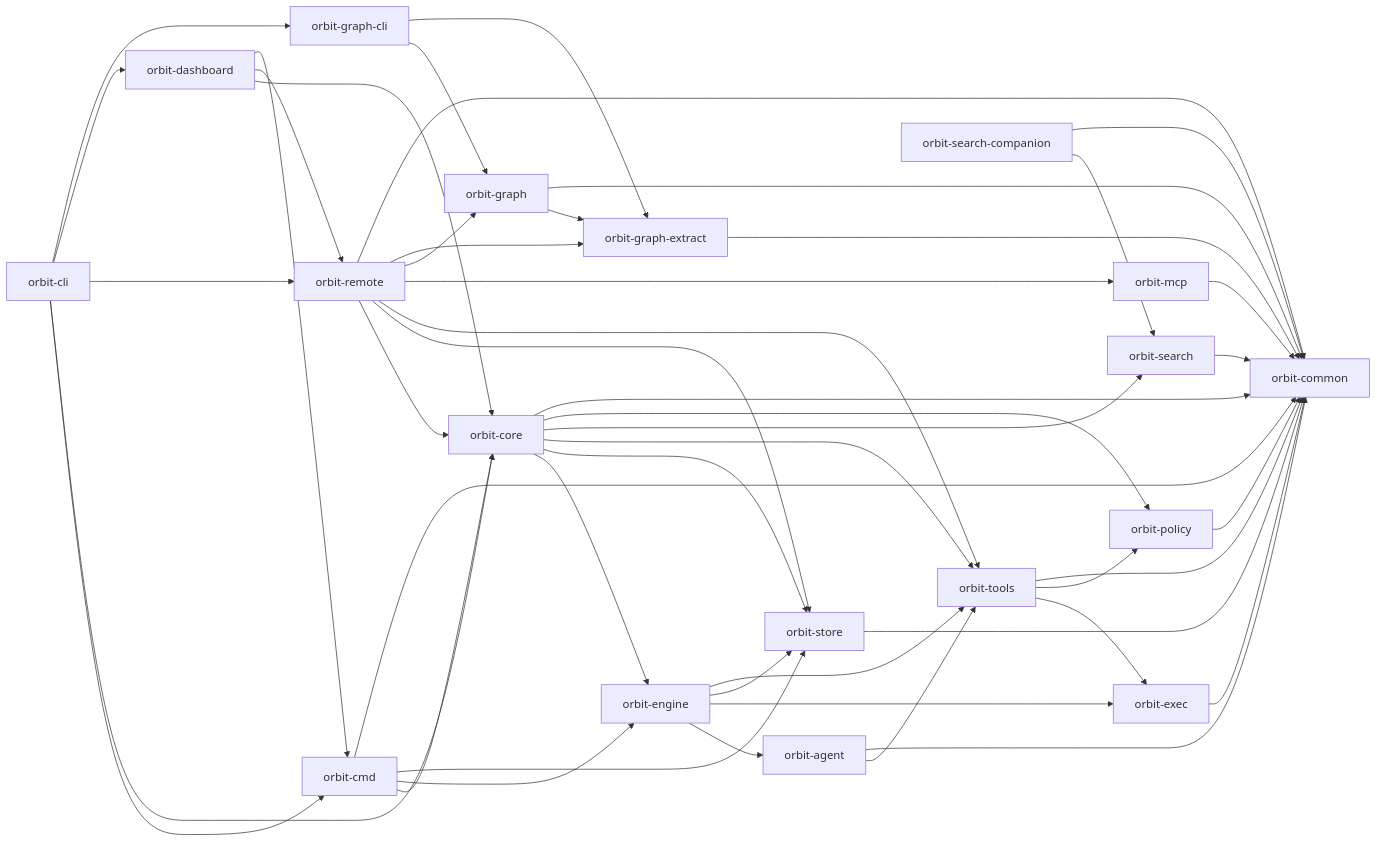
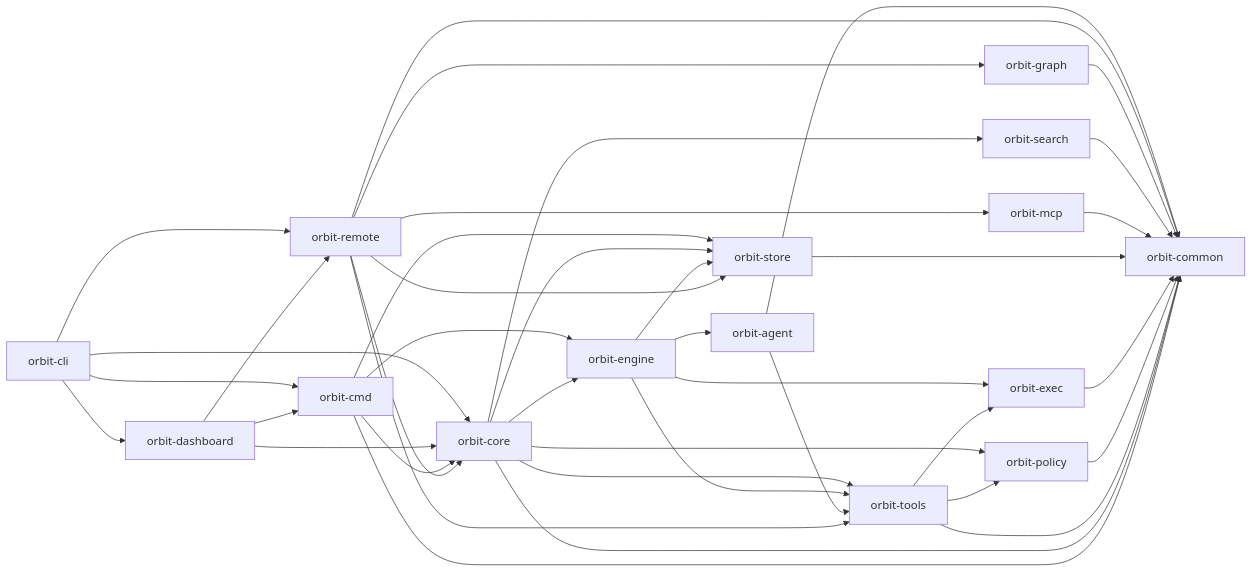
Before and after one commit to danieljhkim/orbit: the diagram in website/src/content/docs/architecture/index.md, drawn with Mermaid. The commit also changed other lines of this file and 163 other files, not shown here.

First line of the commit message:
refactor: Consolidate the graph island into orbit-graph and remove the … [ORB-10357]

````diff
--- a/website/src/content/docs/architecture/index.md
+++ b/website/src/content/docs/architecture/index.md
@@ -12,49 +12,41 @@
 ```mermaid
 flowchart LR
   CLI["orbit-cli"] --> Cmd["orbit-cmd"]
   CLI --> Core["orbit-core"]
   CLI --> Remote["orbit-remote"]
   CLI --> Dashboard["orbit-dashboard"]
-  CLI --> GraphCli["orbit-graph-cli"]
   Dashboard --> Core
   Dashboard --> Remote
   Dashboard --> Cmd
   Cmd --> Core
   Cmd --> Engine
   Cmd --> Store
   Core --> Engine["orbit-engine"]
   Core --> Store["orbit-store"]
   Core --> Tools["orbit-tools"]
   Core --> Search["orbit-search"]
   Core --> Policy["orbit-policy"]
   Engine --> Agent["orbit-agent"]
   Engine --> Exec["orbit-exec"]
   Engine --> Store
   Engine --> Tools
   Agent --> Tools
   Agent --> Common["orbit-common"]
   Tools --> Exec
   Tools --> Policy
   Remote --> Core
   Remote --> Store
   Remote --> Tools
   Remote --> MCP["orbit-mcp"]
   Remote --> Graph["orbit-graph"]
-  Remote --> GraphExtract["orbit-graph-extract"]
   Remote --> Common
-  Graph --> GraphExtract["orbit-graph-extract"]
   Graph --> Common
-  GraphExtract --> Common
-  GraphCli --> Graph
-  GraphCli --> GraphExtract
   Search --> Common
-  SearchCompanion["orbit-search-companion"] --> Search
-  SearchCompanion --> Common
   MCP --> Common
   Store --> Common
   Exec --> Common
   Policy --> Common
   Tools --> Common
   Core --> Common
   Cmd --> Common
 ```
````
